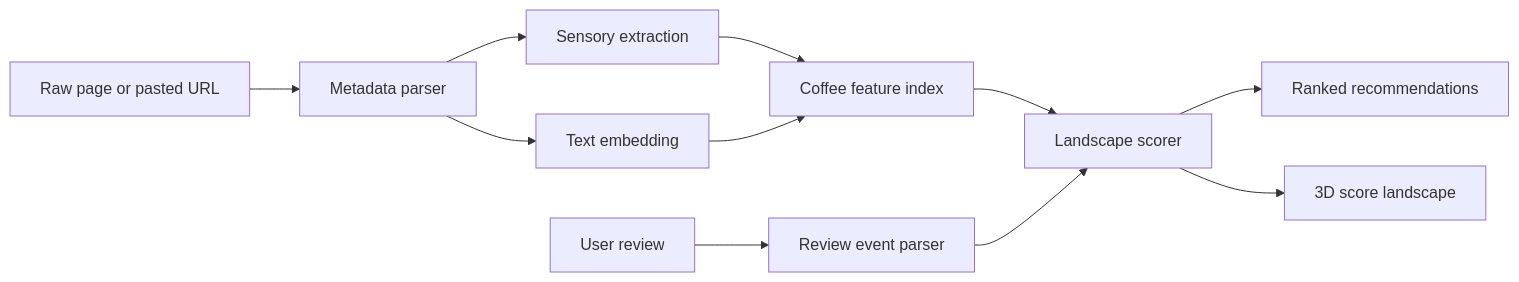
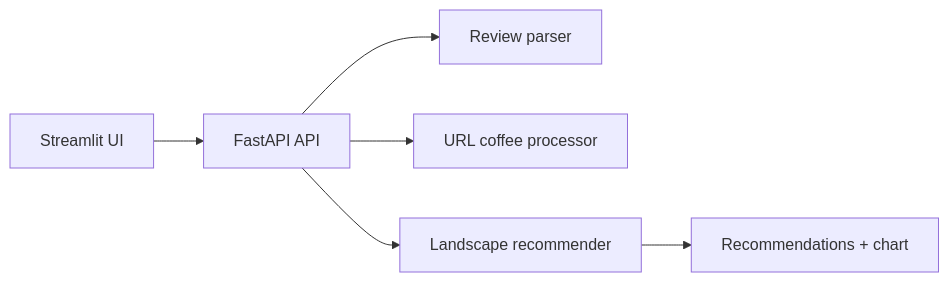
One commit to hussainios/coffee-recommender changed the diagram in README.md. Above: the diagram before and after it, drawn with Mermaid. The commit also changed other lines of this file and 15 other files, not shown here.

````diff
--- a/README.md
+++ b/README.md
@@ -18,13 +5,8 @@
 ```mermaid
 flowchart LR
-    A["Raw page or pasted URL"] --> B["Metadata parser"]
-    B --> C["Sensory extraction"]
-    B --> D["Text embedding"]
-    C --> E["Coffee feature index"]
-    D --> E
-    F["User review"] --> G["Review event parser"]
-    E --> H["Landscape scorer"]
-    G --> H
-    H --> I["Ranked recommendations"]
-    H --> J["3D score landscape"]
+    A["Streamlit UI"] --> B["FastAPI API"]
+    B --> C["Review parser"]
+    B --> D["URL coffee processor"]
+    B --> E["Landscape recommender"]
+    E --> F["Recommendations + chart"]
 ```
````
